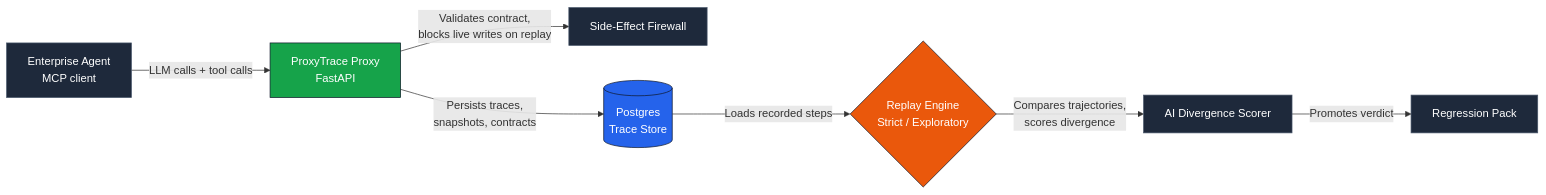
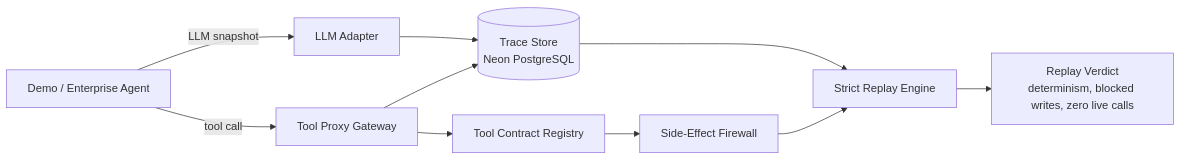
One commit to defi12748/ProxyTrace changed the first of 3 diagrams in README.md. Above: the diagram before and after it, drawn with Mermaid. The commit also changed other lines of this file and 40 other files, not shown here.

Commit message:
Build ProxyTrace phase 1 foundation

````diff
--- a/README.md
+++ b/README.md
@@ -68,17 +60,12 @@
 ```mermaid
 graph LR
-    A["Enterprise Agent<br/>MCP client"] -->|"LLM calls + tool calls"| B["ProxyTrace Proxy<br/>FastAPI"]
-    B -->|"Validates contract,<br/>blocks live writes on replay"| C["Side-Effect Firewall"]
-    B -->|"Persists traces,<br/>snapshots, contracts"| D[("Postgres<br/>Trace Store")]
-    D -->|"Loads recorded steps"| E{"Replay Engine<br/>Strict / Exploratory"}
-    E -->|"Compares trajectories,<br/>scores divergence"| F["AI Divergence Scorer"]
-    F -->|"Promotes verdict"| G["Regression Pack"]
-
-    style B fill:#16a34a,stroke:#0f172a,color:#fff
-    style E fill:#ea580c,stroke:#0f172a,color:#fff
-    style D fill:#2563eb,stroke:#0f172a,color:#fff
-    style A fill:#1e293b,stroke:#475569,color:#fff
-    style C fill:#1e293b,stroke:#475569,color:#fff
-    style F fill:#1e293b,stroke:#475569,color:#fff
-    style G fill:#1e293b,stroke:#475569,color:#fff
+    Agent["Demo / Enterprise Agent"] -->|"LLM snapshot"| LLM["LLM Adapter"]
+    Agent -->|"tool call"| Proxy["Tool Proxy Gateway"]
+    LLM --> Store[("Trace Store<br/>Neon PostgreSQL")]
+    Proxy --> Contracts["Tool Contract Registry"]
+    Contracts --> Firewall["Side-Effect Firewall"]
+    Proxy --> Store
+    Store --> Replay["Strict Replay Engine"]
+    Firewall --> Replay
+    Replay --> Verdict["Replay Verdict<br/>determinism, blocked writes, zero live calls"]
 ```
````
